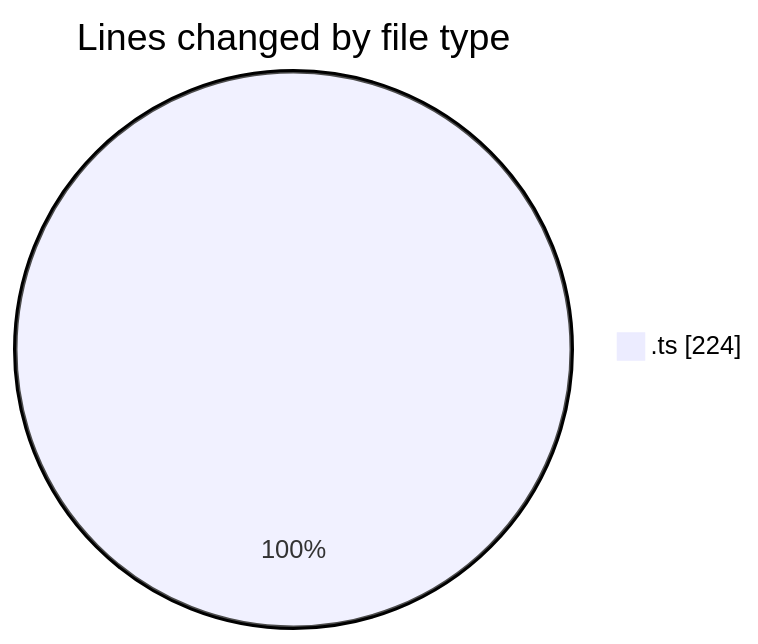
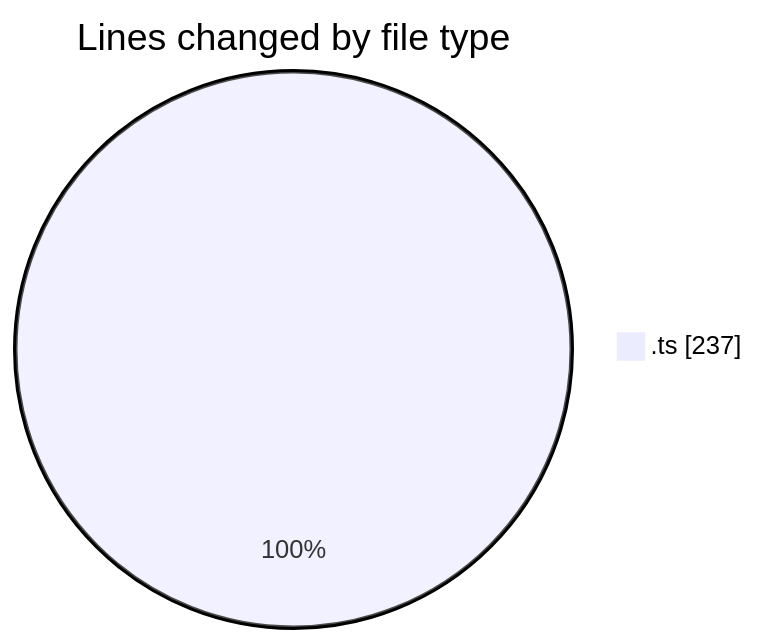
Before and after one commit to momahboobian/code-tracking: the first of 2 diagrams in 2025-11-27/cda/README.md, drawn with Mermaid. The commit also changed other lines of this file and 1 other file, not shown here.

````diff
--- a/2025-11-27/cda/README.md
+++ b/2025-11-27/cda/README.md
@@ -21,5 +21,5 @@
 ```mermaid
 pie showData
 title Lines changed by file type
-".ts" : 224
+".ts" : 237
 ```
````
